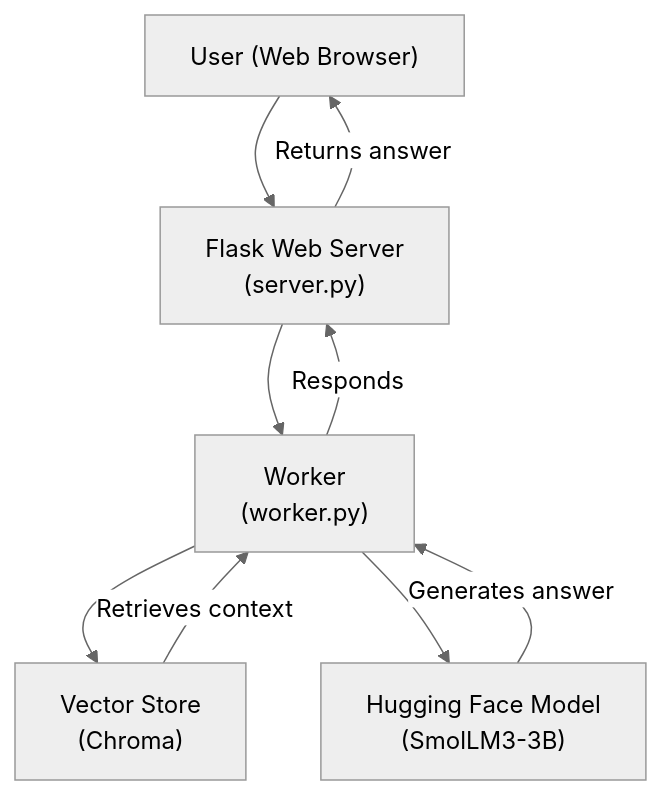
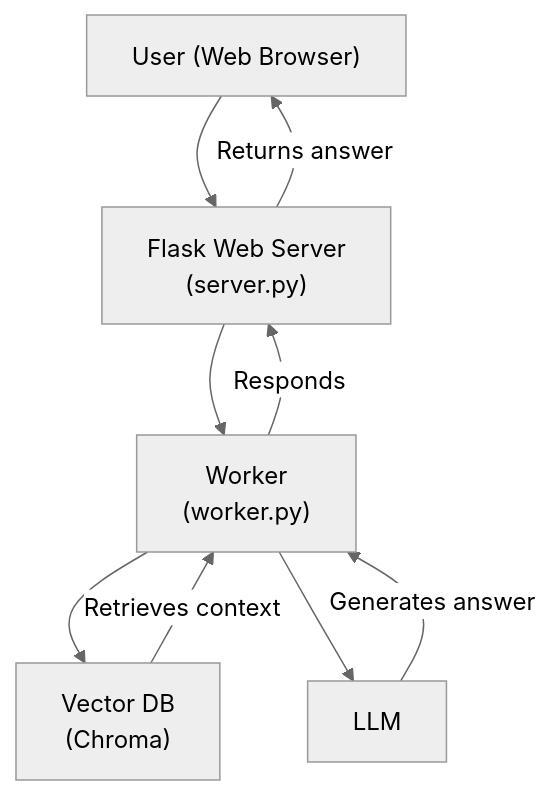
The diagram in README.md (arthurtran04/ibm-2), drawn with Mermaid (neutral theme) before and after one commit.

````diff
--- a/README.md
+++ b/README.md
@@ -52,11 +52,11 @@
 ```mermaid
 flowchart TD
     A[User #40;Web Browser#41;] --> B[Flask Web Server<br/>#40;server.py#41;]
     B --> C[Worker<br/>#40;worker.py#41;]
-    C --> D[Vector Store<br/>#40;Chroma#41;]
-    C --> E[Hugging Face Model<br/>#40;SmolLM3-3B#41;]
+    C --> D[Vector DB<br/>#40;Chroma#41;]
+    C --> E[LLM]
     D -- Retrieves context --> C
     E -- Generates answer --> C
     C -- Responds --> B
     B -- Returns answer --> A
 ```
````
